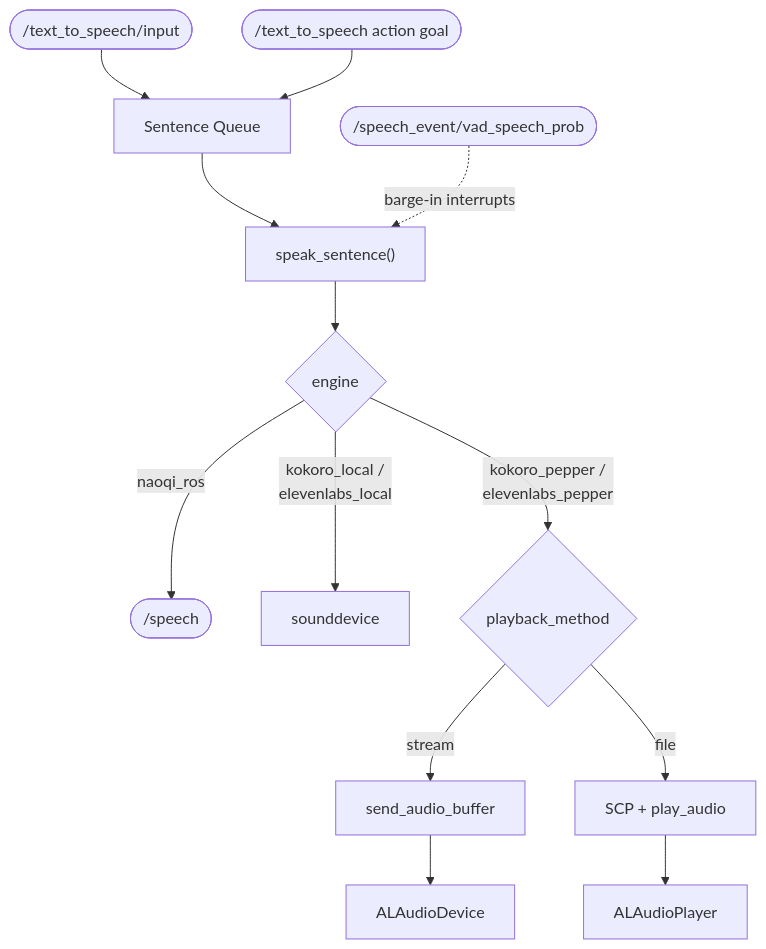
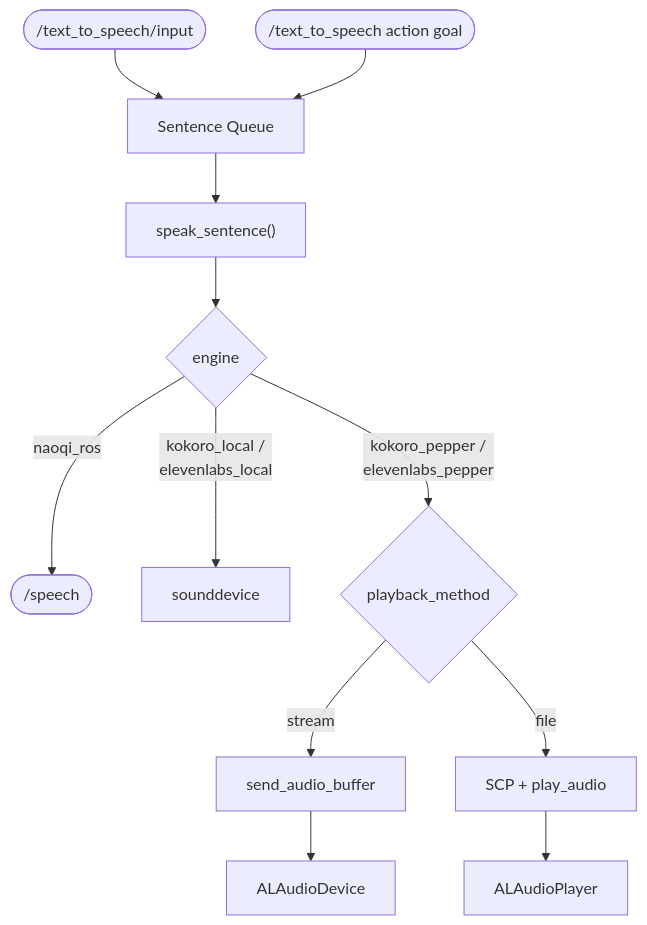
The diagram in dec_system/text_to_speech/README.md (yohatad/pepper4dec), drawn with Mermaid before and after one commit. The commit also changed other lines of this file and 4 other files, not shown here.

First line of the commit message:
Remove VAD-based barge-in from text_to_speech

````diff
--- a/dec_system/text_to_speech/README.md
+++ b/dec_system/text_to_speech/README.md
@@ -181,16 +177,14 @@
 ```mermaid
 flowchart TD
     A(["/text_to_speech/input"]) --> C["Sentence Queue"]
     B(["/text_to_speech action goal"]) --> C
     C --> D["speak_sentence()"]
     D --> E{"engine"}
     E -- "naoqi_ros" --> F(["/speech"])
     E -- "kokoro_local /\nelevenlabs_local" --> G["sounddevice"]
     E -- "kokoro_pepper /\nelevenlabs_pepper" --> H{"playback_method"}
     H -- "stream" --> I["send_audio_buffer"]
     I --> J["ALAudioDevice"]
     H -- "file" --> K["SCP + play_audio"]
     K --> L["ALAudioPlayer"]
-
-    M(["/speech_event/vad_speech_prob"]) -. "barge-in interrupts" .-> D
 ```
````
